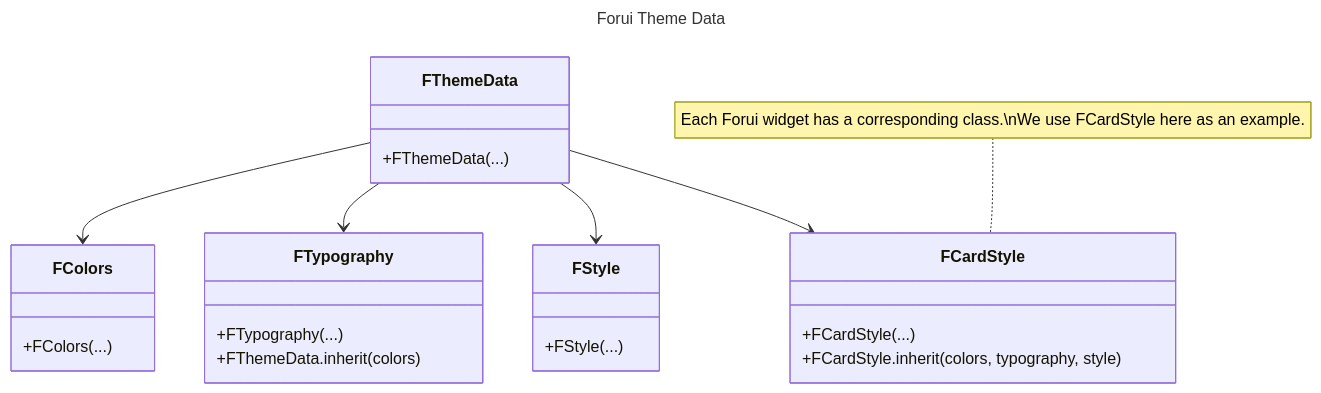
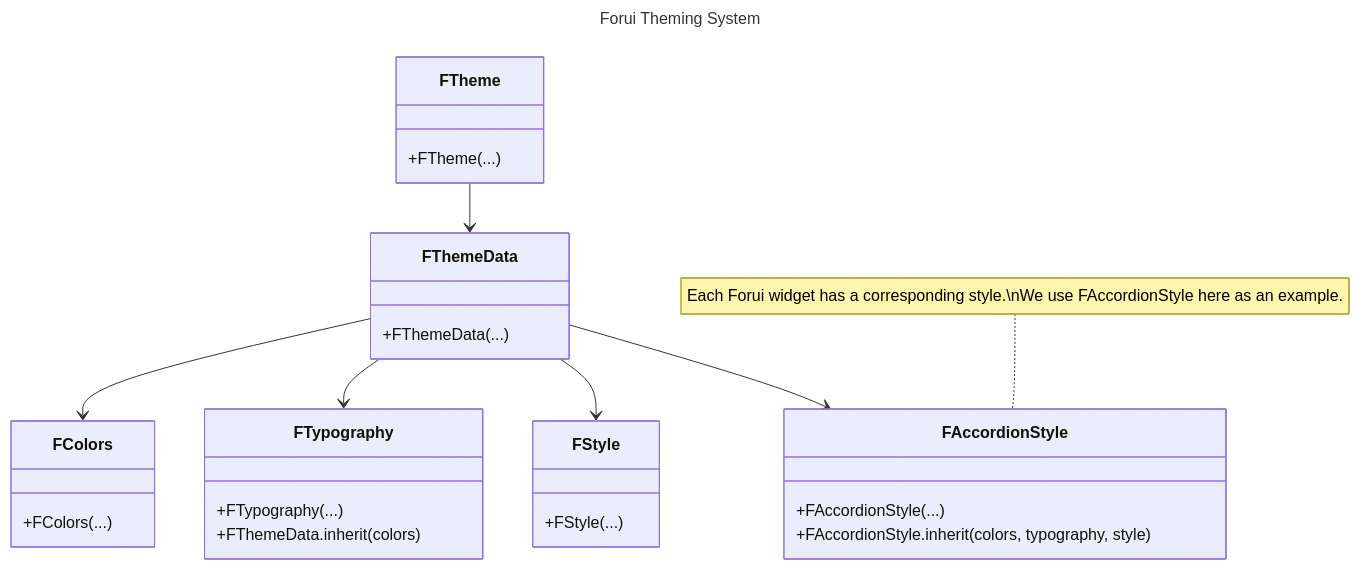
One commit to forus-labs/forui changed the diagram in docs/app/docs/themes/page.mdx. Above: the diagram before and after it, drawn with Mermaid. The commit also changed other lines of this file and 11 other files, not shown here.

````diff
--- a/docs/app/docs/themes/page.mdx
+++ b/docs/app/docs/themes/page.mdx
@@ -291,33 +49,38 @@
 ```mermaid
 ---
-title: Forui Theme Data
+title: Forui Theming System
 ---
 classDiagram
+class FTheme {
+    +FTheme(...)
+}
+
 class FThemeData {
     +FThemeData(...)
 }
 
 class FColors {
     +FColors(...)
 }
 
 class FTypography {
     +FTypography(...)
     +FThemeData.inherit(colors)
 }
 
 class FStyle {
     +FStyle(...)
 }
 
-class FCardStyle {
-    +FCardStyle(...)
-    +FCardStyle.inherit(colors, typography, style)
+class FAccordionStyle {
+    +FAccordionStyle(...)
+    +FAccordionStyle.inherit(colors, typography, style)
 }
-note for FCardStyle "Each Forui widget has a corresponding class.\nWe use FCardStyle here as an example."
+note for FAccordionStyle "Each Forui widget has a corresponding style.\nWe use FAccordionStyle here as an example."
 
+FTheme --> FThemeData
 FThemeData --> FColors
 FThemeData --> FTypography
 FThemeData --> FStyle
-FThemeData --> FCardStyle
+FThemeData --> FAccordionStyle
 ```
````
